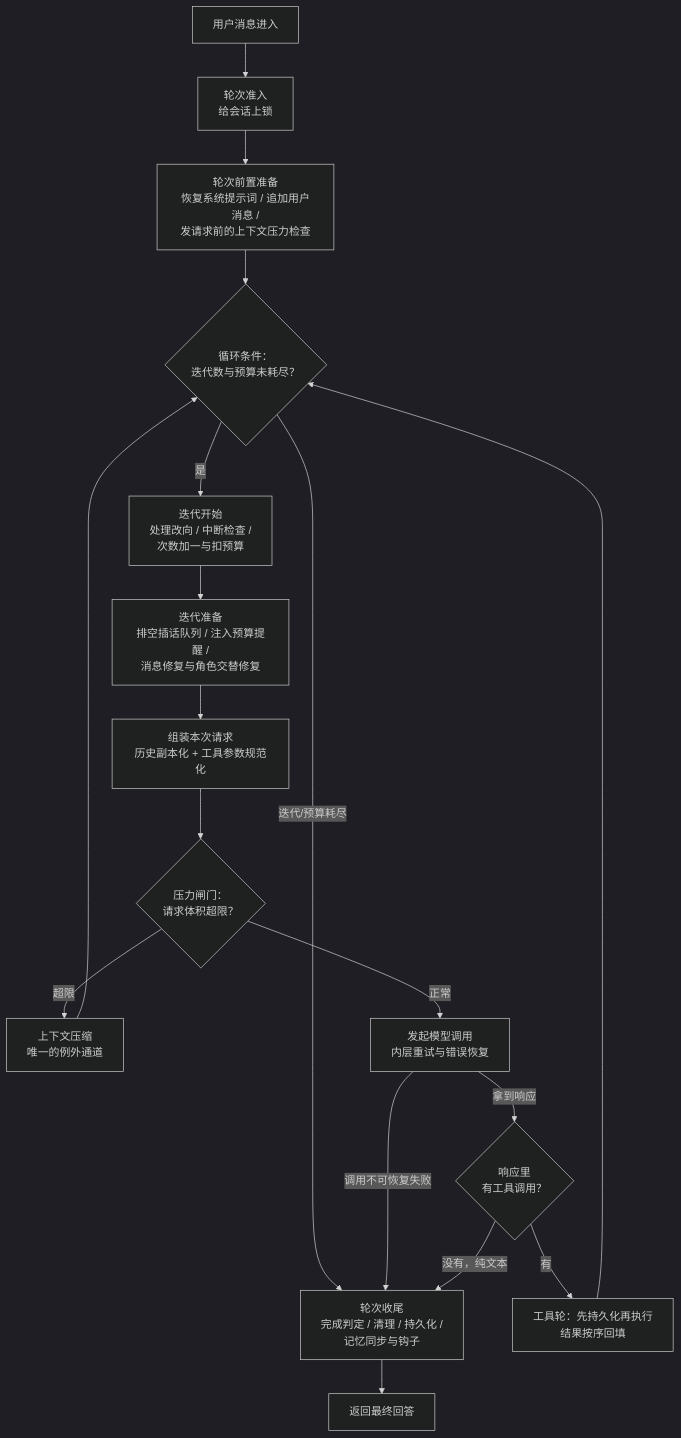
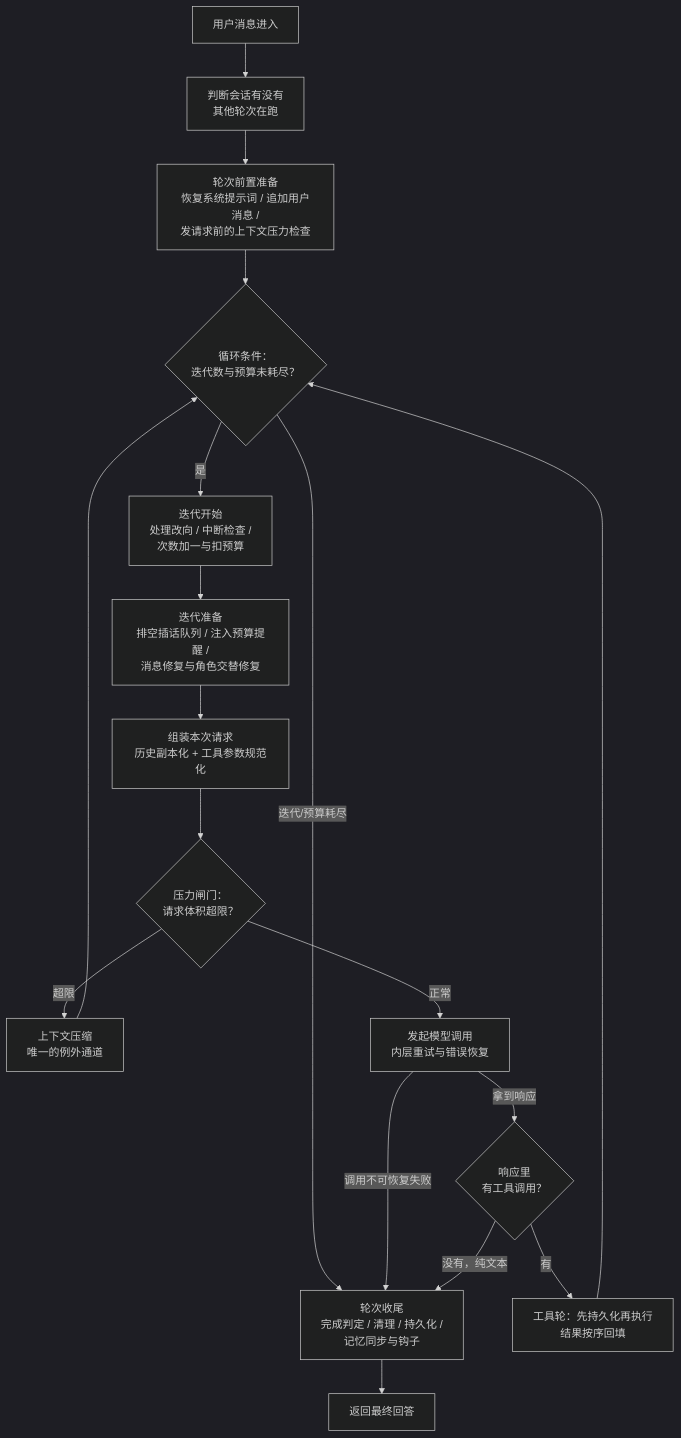
One commit to Mr-ZeLong/hermes-agent-analysis changed the diagram in docs/agent-loop.md. Above: the diagram before and after it, drawn with Mermaid (dark theme). The commit also changed other lines of this file, not shown here.

First line of the commit message:
docs: 「轮次准入」改为直接说动作——判断会话有没有别的轮次在跑

````diff
--- a/docs/agent-loop.md
+++ b/docs/agent-loop.md
@@ -24,19 +24,19 @@
 ```mermaid
 flowchart TD
-    A[用户消息进入] --> B[轮次准入<br>给会话上锁]
+    A[用户消息进入] --> B[判断会话有没有<br>其他轮次在跑]
     B --> C[轮次前置准备<br>恢复系统提示词 / 追加用户消息 /<br>发请求前的上下文压力检查]
     C --> D{循环条件：<br>迭代数与预算未耗尽？}
     D -- 迭代/预算耗尽 --> W[轮次收尾<br>完成判定 / 清理 / 持久化 /<br>记忆同步与钩子]
     D -- 是 --> E[迭代开始<br>处理改向 / 中断检查 /<br>次数加一与扣预算]
     E --> F[迭代准备<br>排空插话队列 / 注入预算提醒 /<br>消息修复与角色交替修复]
     F --> G[组装本次请求<br>历史副本化 + 工具参数规范化]
     G --> G2{压力闸门：<br>请求体积超限？}
     G2 -- 超限 --> H[上下文压缩<br>唯一的例外通道] --> D
     G2 -- 正常 --> I[发起模型调用<br>内层重试与错误恢复]
     I -- 调用不可恢复失败 --> W
     I -- 拿到响应 --> J{响应里<br>有工具调用？}
     J -- 有 --> K[工具轮：先持久化再执行<br>结果按序回填]
     K --> D
     J -- 没有，纯文本 --> W
     W --> L[返回最终回答]
 ```
````
